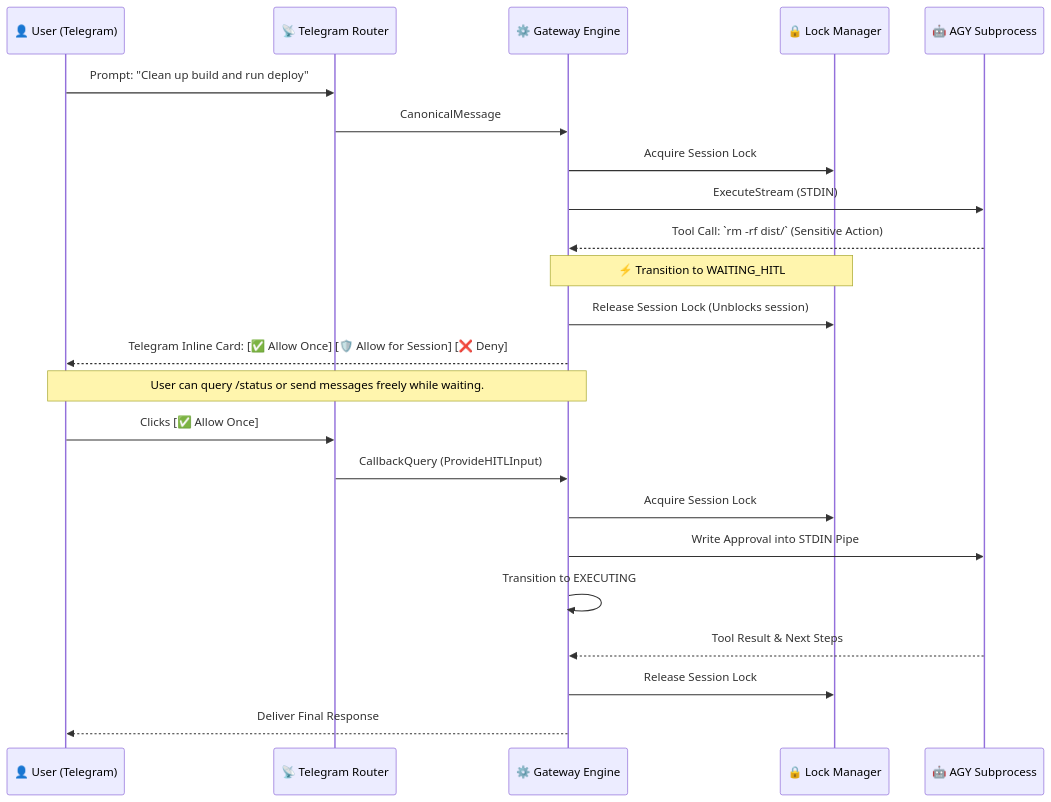
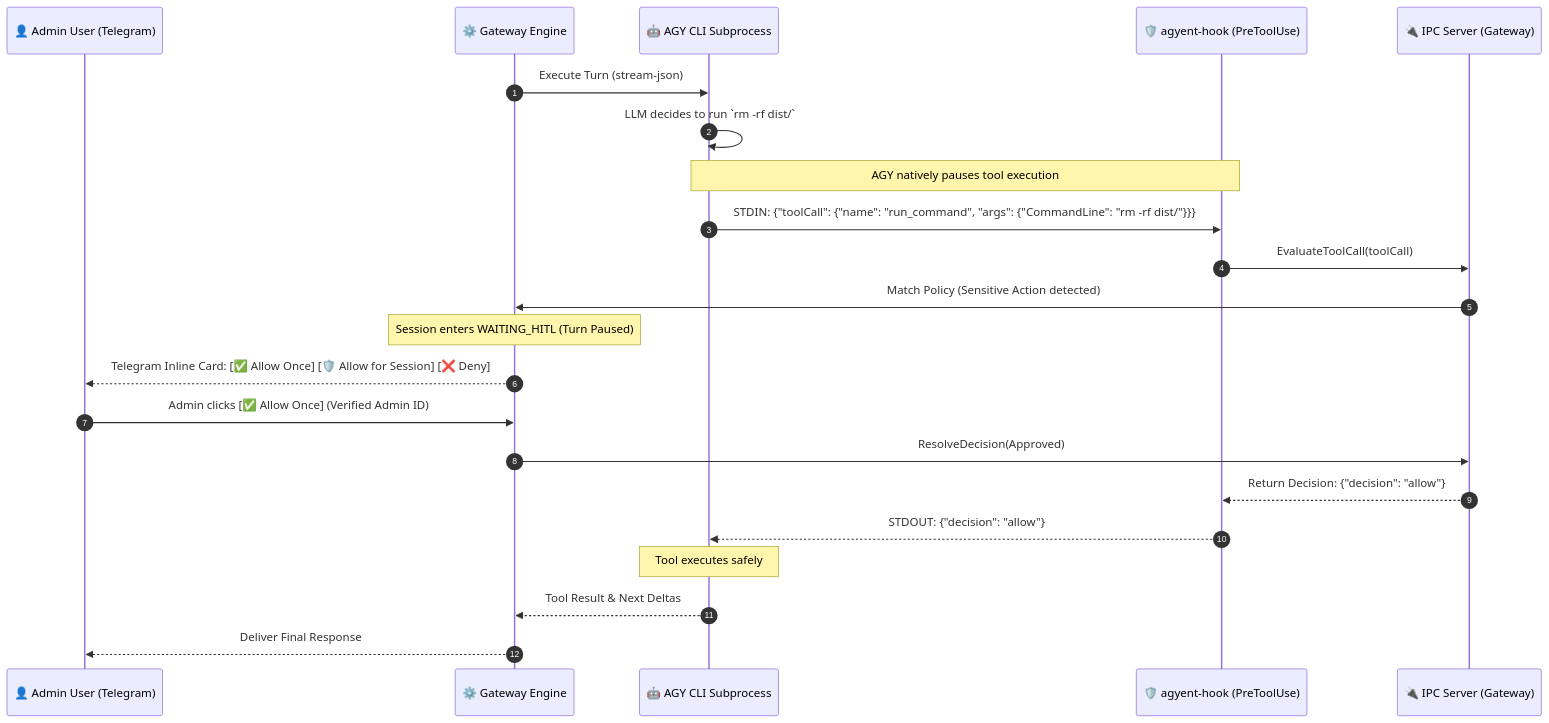
The second of 2 diagrams in docs/security-and-guardrails-architecture.md (khanhbkqt/agyent), drawn with Mermaid before and after one commit. The commit also changed other lines of this file and 36 other files, not shown here.

````diff
--- a/docs/security-and-guardrails-architecture.md
+++ b/docs/security-and-guardrails-architecture.md
@@ -114,29 +150,30 @@
 ```mermaid
 sequenceDiagram
-    participant User as 👤 User (Telegram)
-    participant Router as 📡 Telegram Router
+    autonumber
+    participant User as 👤 Admin User (Telegram)
     participant Engine as ⚙️ Gateway Engine
-    participant LockMgr as 🔒 Lock Manager
-    participant AGY as 🤖 AGY Subprocess
+    participant AGY as 🤖 AGY CLI Subprocess
+    participant Hook as 🛡️ agyent-hook (PreToolUse)
+    participant IPC as 🔌 IPC Server (Gateway)
 
-    User->>Router: Prompt: "Clean up build and run deploy"
-    Router->>Engine: CanonicalMessage
-    Engine->>LockMgr: Acquire Session Lock
-    Engine->>AGY: ExecuteStream (STDIN)
-    AGY-->>Engine: Tool Call: `rm -rf dist/` (Sensitive Action)
+    Engine->>AGY: Execute Turn (stream-json)
+    AGY->>AGY: LLM decides to run `rm -rf dist/`
     
-    Note over Engine,LockMgr: ⚡ Transition to WAITING_HITL
-    Engine->>LockMgr: Release Session Lock (Unblocks session)
+    Note over AGY,Hook: AGY natively pauses tool execution
+    AGY->>Hook: STDIN: {"toolCall": {"name": "run_command", "args": {"CommandLine": "rm -rf dist/"}}}
+    
+    Hook->>IPC: EvaluateToolCall(toolCall)
+    IPC->>Engine: Match Policy (Sensitive Action detected)
+    
+    Note over Engine: Session enters WAITING_HITL (Turn Paused)
     Engine-->>User: Telegram Inline Card: [✅ Allow Once] [🛡️ Allow for Session] [❌ Deny]
     
-    Note over User,Engine: User can query /status or send messages freely while waiting.
+    User->>Engine: Admin clicks [✅ Allow Once] (Verified Admin ID)
+    Engine->>IPC: ResolveDecision(Approved)
+    IPC-->>Hook: Return Decision: {"decision": "allow"}
+    Hook-->>AGY: STDOUT: {"decision": "allow"}
     
-    User->>Router: Clicks [✅ Allow Once]
-    Router->>Engine: CallbackQuery (ProvideHITLInput)
-    Engine->>LockMgr: Acquire Session Lock
-    Engine->>AGY: Write Approval into STDIN Pipe
-    Engine->>Engine: Transition to EXECUTING
-    AGY-->>Engine: Tool Result & Next Steps
-    Engine->>LockMgr: Release Session Lock
+    Note over AGY: Tool executes safely
+    AGY-->>Engine: Tool Result & Next Deltas
     Engine-->>User: Deliver Final Response
 ```
````
